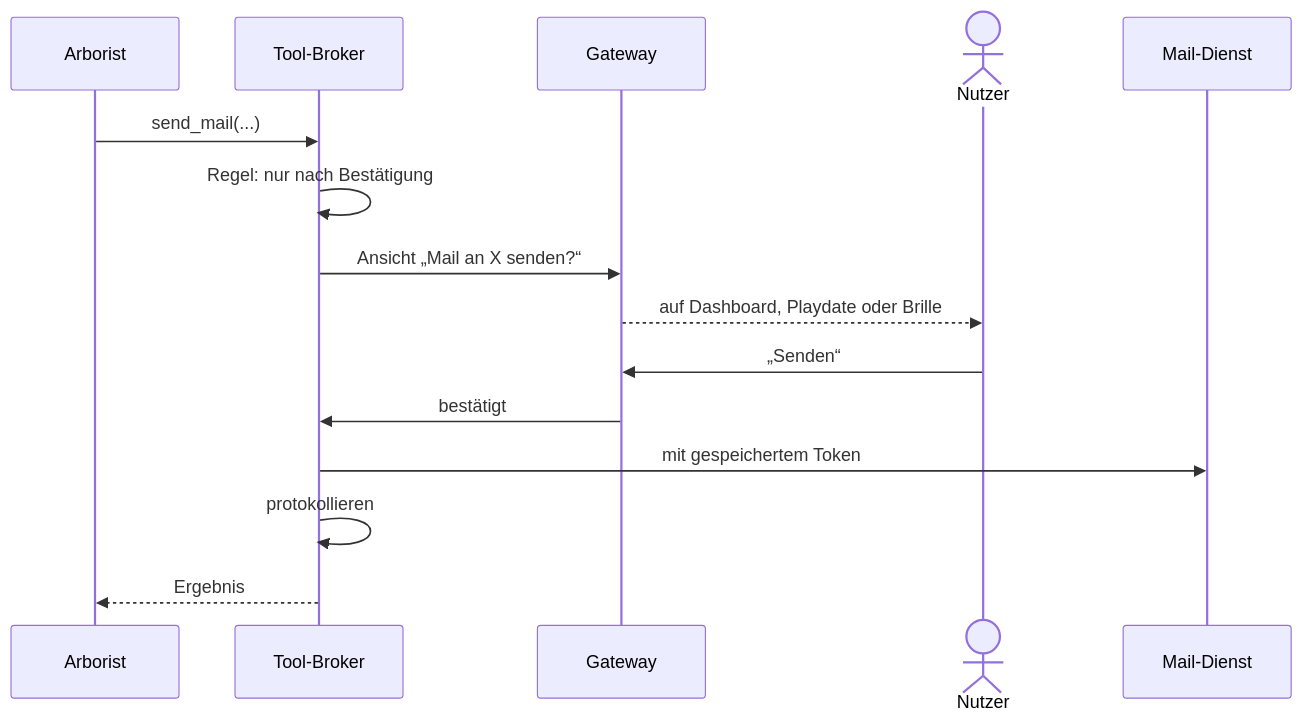
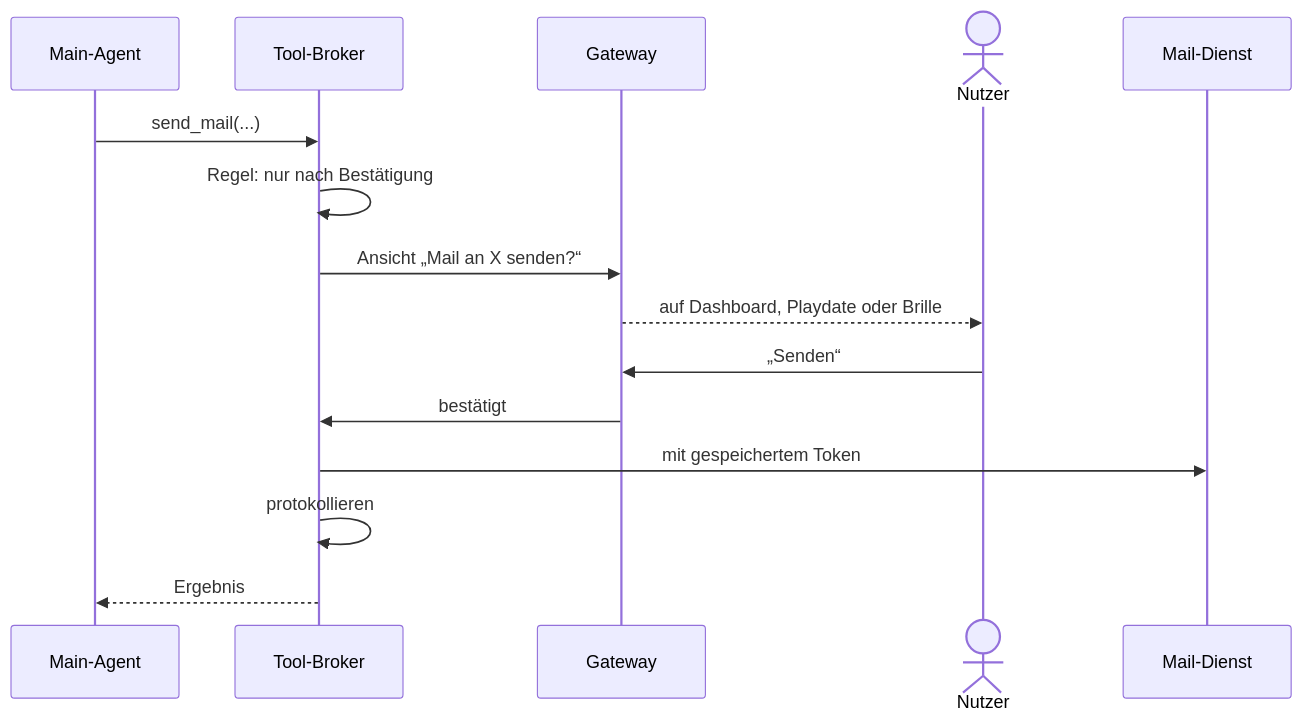
Before and after one commit to merlinbecker/playdate-claude-client: diagram 11 of 13 in docs/arc42.md, drawn with Mermaid. The commit also changed other lines of this file and 24 other files, not shown here.

````diff
--- a/docs/arc42.md
+++ b/docs/arc42.md
@@ -337,17 +337,17 @@
 ```mermaid
 sequenceDiagram
-    participant A as Arborist
+    participant A as Main-Agent
     participant B as Tool-Broker
     participant G as Gateway
     actor N as Nutzer
     participant X as Mail-Dienst
     A->>B: send_mail(...)
     B->>B: Regel: nur nach Bestätigung
     B->>G: Ansicht „Mail an X senden?“
     G-->>N: auf Dashboard, Playdate oder Brille
     N->>G: „Senden“
     G->>B: bestätigt
     B->>X: mit gespeichertem Token
     B->>B: protokollieren
     B-->>A: Ergebnis
 ```
````
